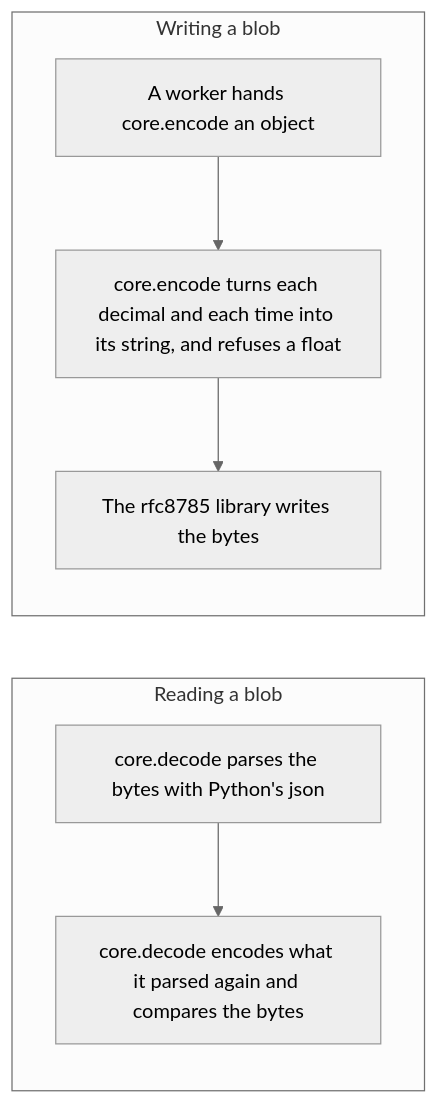
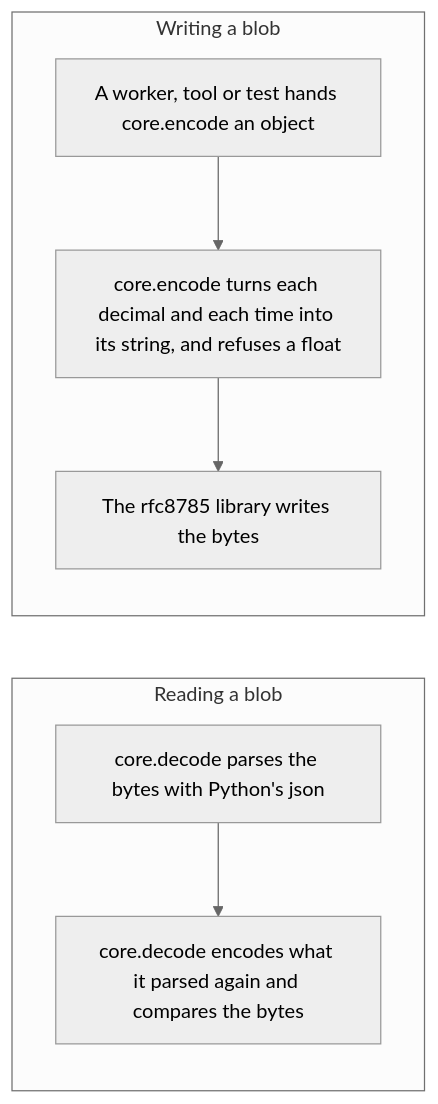
Diagram 33 of 38 in docs/architecture.md (l3a0/ithildin-runtime), drawn with Mermaid (neutral theme) before and after one commit. The commit also changed other lines of this file, not shown here.

First line of the commit message:
docs(architecture): answer the fresh reader's review of File formats and keys

````diff
--- a/docs/architecture.md
+++ b/docs/architecture.md
@@ -3026,17 +3026,17 @@
 ```mermaid
 flowchart TB
     subgraph writing["Writing a blob"]
         direction TB
-        w1["A worker hands core.encode an object"]
+        w1["A worker, tool or test hands core.encode an object"]
         w2["core.encode turns each decimal and each time into its string, and refuses a float"]
         w3["The rfc8785 library writes the bytes"]
         w1 --> w2 --> w3
     end
     subgraph reading["Reading a blob"]
         direction TB
         r1["core.decode parses the bytes with Python's json"]
         r2["core.decode encodes what it parsed again and compares the bytes"]
         r1 --> r2
     end
     writing ~~~ reading
 ```
````
